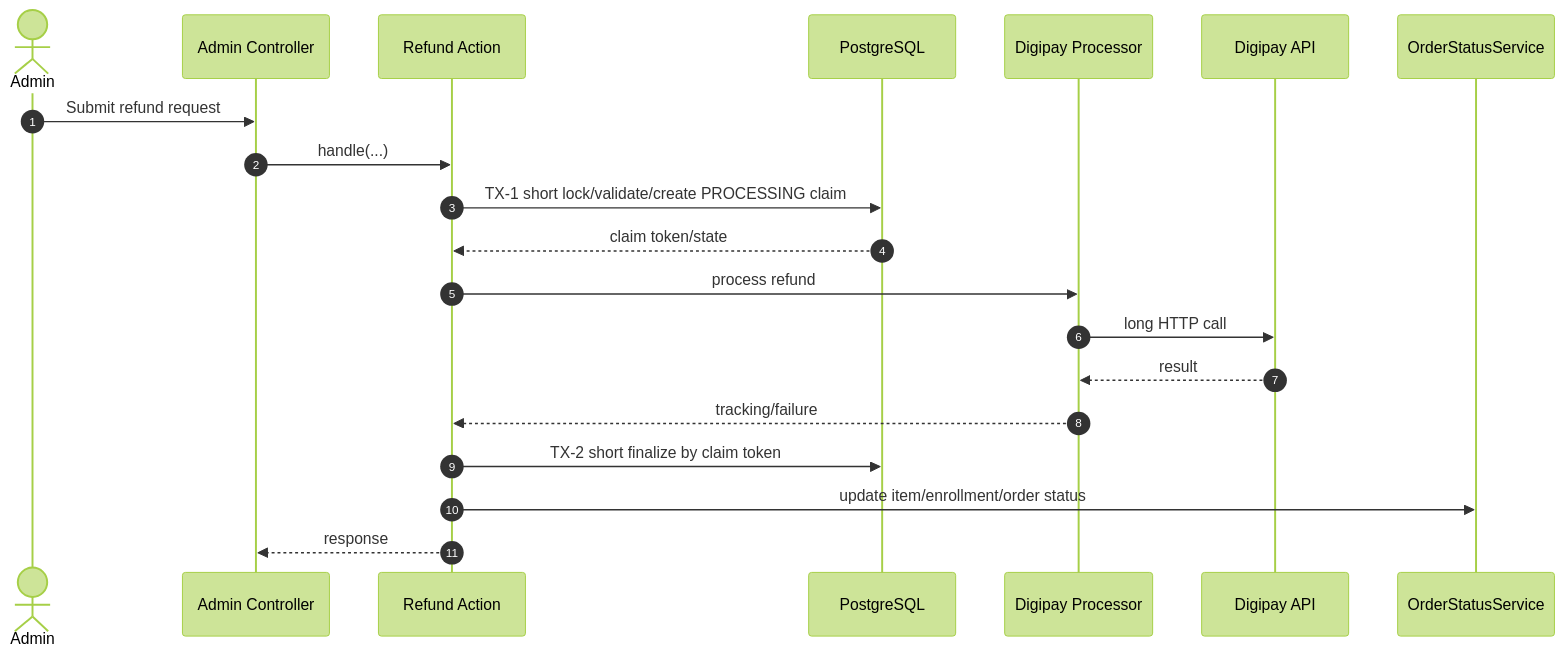
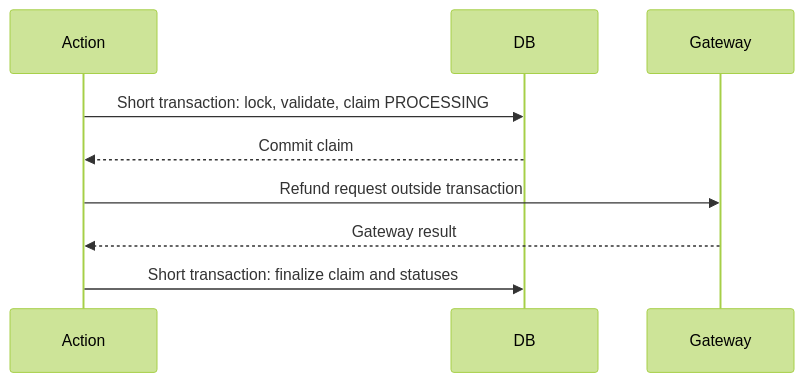
Before and after one commit to SaeidSharafi/JeduApi: the second of 3 diagrams in docs/Architecture/Admin-Order-Management.md, drawn with Mermaid (forest theme). The commit also changed other lines of this file and 26 other files, not shown here.

First line of the commit message:
docs: consolidate architecture documentation

````diff
--- a/docs/Architecture/Admin-Order-Management.md
+++ b/docs/Architecture/Admin-Order-Management.md
@@ -63,23 +66,12 @@
 ```mermaid
 sequenceDiagram
-    autonumber
-    actor Admin
-    participant API as Admin Controller
-    participant ACT as Refund Action
-    participant DB as PostgreSQL
-    participant DG as Digipay Processor
-    participant GW as Digipay API
-    participant OSS as OrderStatusService
+    participant Action
+    participant DB
+    participant Gateway
 
-    Admin->>API: Submit refund request
-    API->>ACT: handle(...)
-    ACT->>DB: TX-1 short lock/validate/create PROCESSING claim
-    DB-->>ACT: claim token/state
-    ACT->>DG: process refund
-    DG->>GW: long HTTP call
-    GW-->>DG: result
-    DG-->>ACT: tracking/failure
-    ACT->>DB: TX-2 short finalize by claim token
-    ACT->>OSS: update item/enrollment/order status
-    ACT-->>API: response
+    Action->>DB: Short transaction: lock, validate, claim PROCESSING
+    DB-->>Action: Commit claim
+    Action->>Gateway: Refund request outside transaction
+    Gateway-->>Action: Gateway result
+    Action->>DB: Short transaction: finalize claim and statuses
 ```
````
